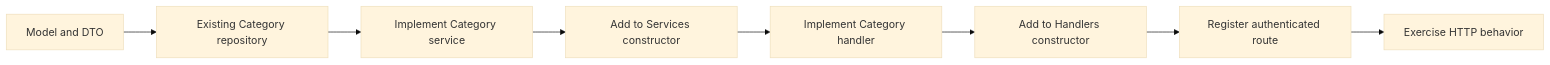
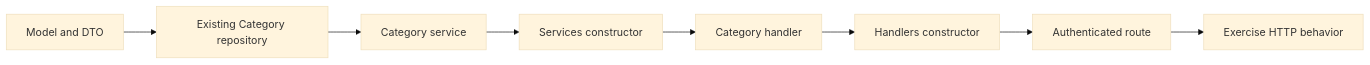
The diagram in apps/backend/docs/building-a-feature.md (vinaykvv00/tasker), drawn with Mermaid (base theme) before and after one commit. The commit also changed other lines of this file and 36 other files, not shown here.

````diff
--- a/apps/backend/docs/building-a-feature.md
+++ b/apps/backend/docs/building-a-feature.md
@@ -51,10 +61,10 @@
 ```mermaid
 flowchart LR
     Model[Model and DTO] --> Repo[Existing Category repository]
-    Repo --> Service[Implement Category service]
-    Service --> Services[Add to Services constructor]
-    Services --> Handler[Implement Category handler]
-    Handler --> Handlers[Add to Handlers constructor]
-    Handlers --> Route[Register authenticated route]
+    Repo --> Service[Category service]
+    Service --> Services[Services constructor]
+    Services --> Handler[Category handler]
+    Handler --> Handlers[Handlers constructor]
+    Handlers --> Route[Authenticated route]
     Route --> Test[Exercise HTTP behavior]
 ```
````
